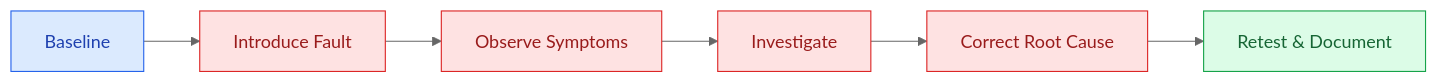
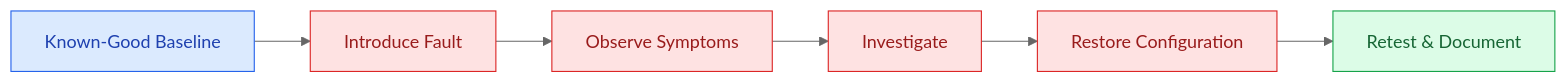
One commit to DrBham/Small-Office-Multi-Site-Network-Deployment changed the diagram in Troubleshooting/README.md. Above: the diagram before and after it, drawn with Mermaid (neutral theme). The commit also changed other lines of this file and 10 other files, not shown here.

````diff
--- a/Troubleshooting/README.md
+++ b/Troubleshooting/README.md
@@ -71,14 +62,14 @@
 ```mermaid
 flowchart LR
-    A[Baseline] --> B[Introduce Fault]
+    A[Known-Good Baseline] --> B[Introduce Fault]
     B --> C[Observe Symptoms]
     C --> D[Investigate]
-    D --> E[Correct Root Cause]
+    D --> E[Restore Configuration]
     E --> F[Retest & Document]
     classDef baseline fill:#dbeafe,stroke:#2563eb,color:#1e40af;
     classDef fault fill:#fee2e2,stroke:#dc2626,color:#991b1b;
     classDef verify fill:#dcfce7,stroke:#16a34a,color:#166534;
     class A baseline;
     class B,C,D,E fault;
     class F verify;
 ```
````
